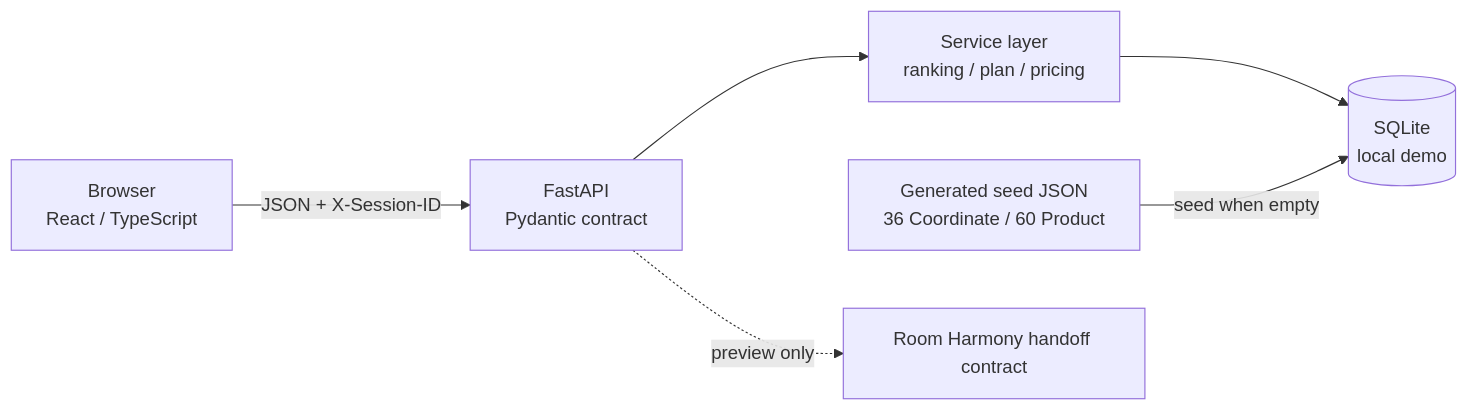
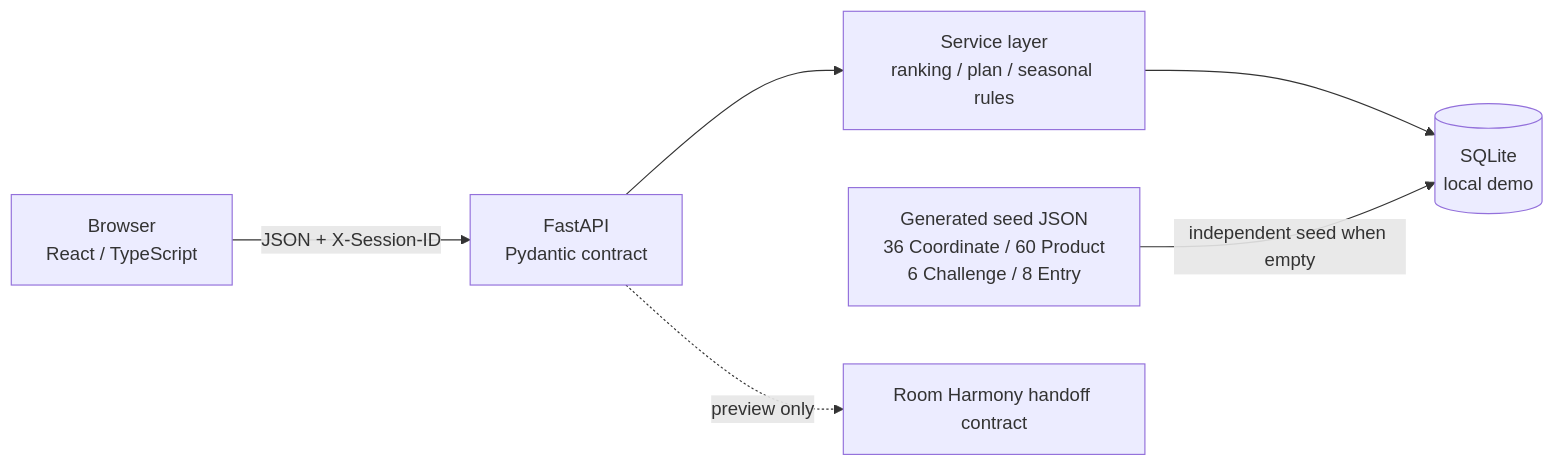
One commit to Raiden-Blade/room-harmony-community changed the diagram in docs/architecture/implementation.md. Above: the diagram before and after it, drawn with Mermaid. The commit also changed other lines of this file and 52 other files, not shown here.

````diff
--- a/docs/architecture/implementation.md
+++ b/docs/architecture/implementation.md
@@ -5,8 +5,8 @@
 ```mermaid
 flowchart LR
   B[Browser<br/>React / TypeScript] -->|JSON + X-Session-ID| A[FastAPI<br/>Pydantic contract]
-  A --> S[Service layer<br/>ranking / plan / pricing]
+  A --> S[Service layer<br/>ranking / plan / seasonal rules]
   S --> D[(SQLite<br/>local demo)]
-  G[Generated seed JSON<br/>36 Coordinate / 60 Product] -->|seed when empty| D
+  G[Generated seed JSON<br/>36 Coordinate / 60 Product<br/>6 Challenge / 8 Entry] -->|independent seed when empty| D
   A -. preview only .-> H[Room Harmony handoff contract]
 ```
````
